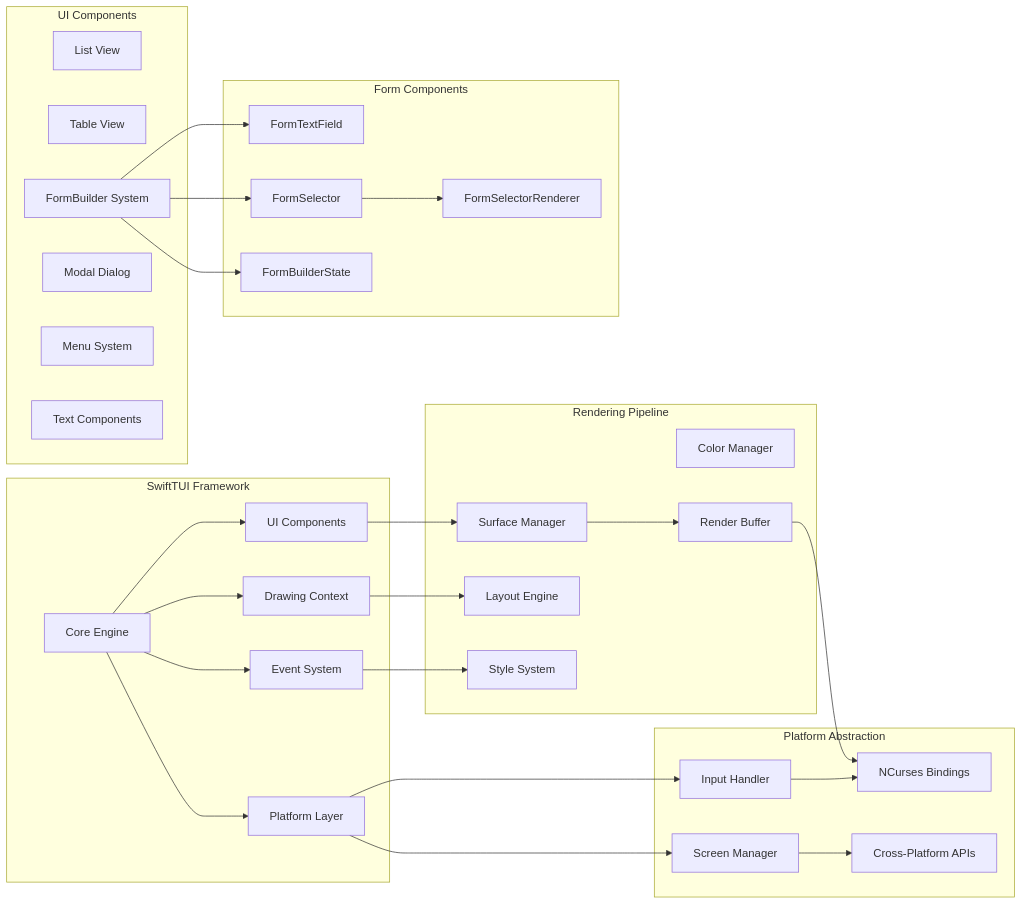
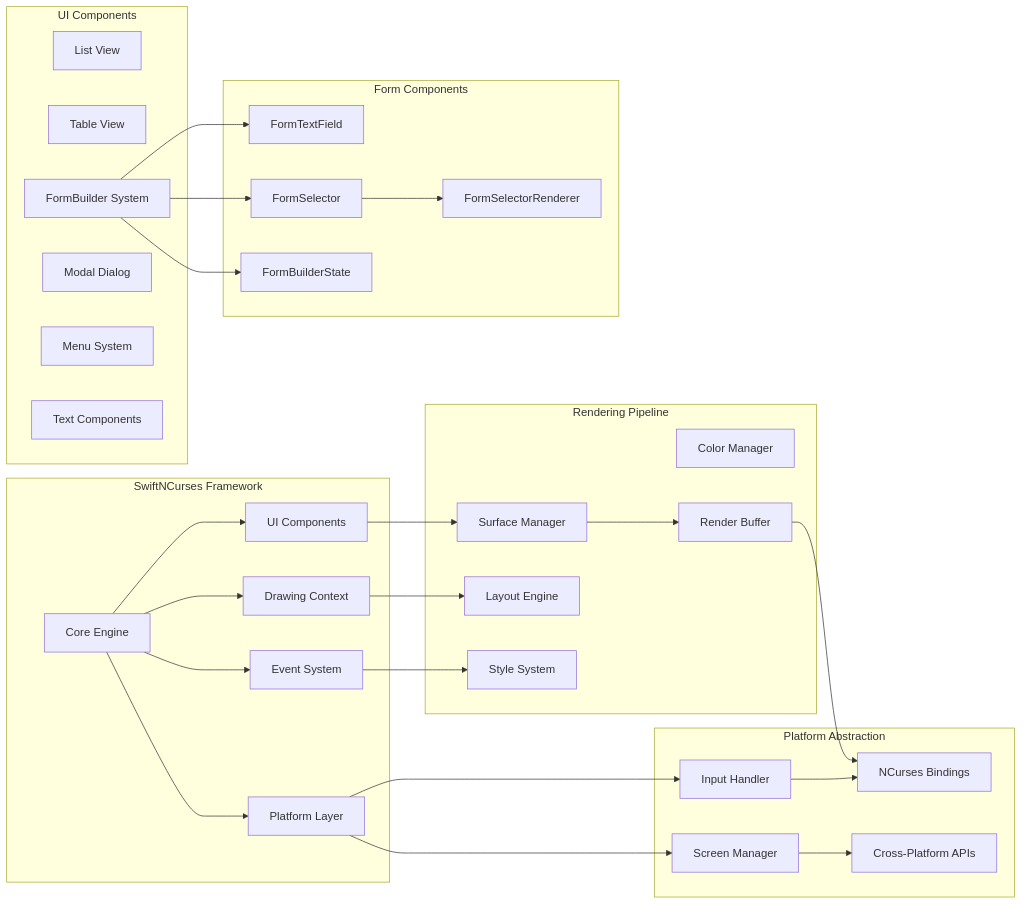
Before and after one commit to bluejayA/substation: the first of 6 diagrams in docs/architecture/components.md, drawn with Mermaid. The commit also changed other lines of this file and 197 other files, not shown here.

First line of the commit message:
chore: rename SwiftTUI to SwiftNCurses

````diff
--- a/docs/architecture/components.md
+++ b/docs/architecture/components.md
@@ -9,63 +9,63 @@
 ```mermaid
 graph LR
-    subgraph "SwiftTUI Framework"
+    subgraph "SwiftNCurses Framework"
         Core[Core Engine]
         Components[UI Components]
         Drawing[Drawing Context]
         Events[Event System]
         Platform[Platform Layer]
     end
 
     subgraph "UI Components"
         List[List View]
         Table[Table View]
         FormBuilder[FormBuilder System]
         Modal[Modal Dialog]
         Menu[Menu System]
         Text[Text Components]
     end
 
     subgraph "Form Components"
         TextField[FormTextField]
         Selector[FormSelector]
         SelectorRenderer[FormSelectorRenderer]
         BuilderState[FormBuilderState]
     end
 
     FormBuilder --> TextField
     FormBuilder --> Selector
     FormBuilder --> BuilderState
     Selector --> SelectorRenderer
 
     subgraph "Rendering Pipeline"
         Surface[Surface Manager]
         Layout[Layout Engine]
         Style[Style System]
         Color[Color Manager]
         Buffer[Render Buffer]
     end
 
     subgraph "Platform Abstraction"
         Input[Input Handler]
         Screen[Screen Manager]
         NCurses[NCurses Bindings]
         CrossPlat[Cross-Platform APIs]
     end
 
     Core --> Components
     Core --> Drawing
     Core --> Events
     Core --> Platform
 
     Components --> Surface
     Drawing --> Layout
     Events --> Style
     Surface --> Buffer
 
     Platform --> Input
     Platform --> Screen
     Input --> NCurses
     Screen --> CrossPlat
 
     Buffer --> NCurses
 ```
````
